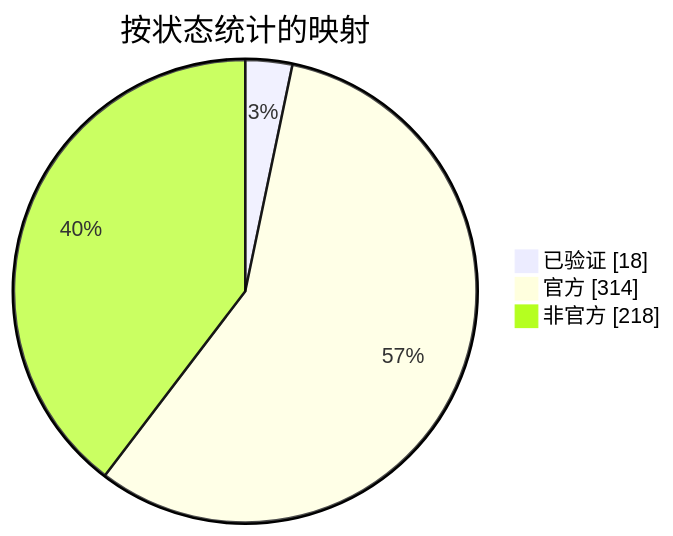
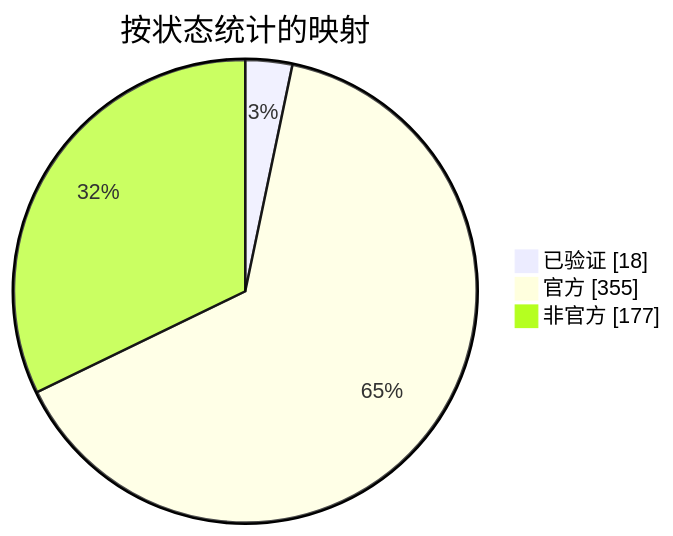
One commit to nobrega8/mbmap-library changed the diagram in docs/readme/README_ZHS.md. Above: the diagram before and after it, drawn with Mermaid. The commit also changed 49 other files, not shown here.

````diff
--- a/docs/readme/README_ZHS.md
+++ b/docs/readme/README_ZHS.md
@@ -54,7 +54,7 @@
 ```mermaid
 pie showData
     title 按状态统计的映射
     "已验证" : 18
-    "官方" : 314
-    "非官方" : 218
+    "官方" : 355
+    "非官方" : 177
 ```
````
